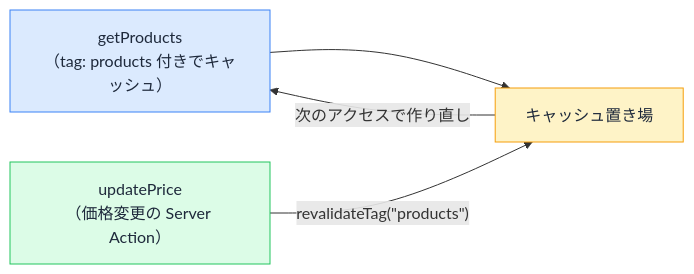
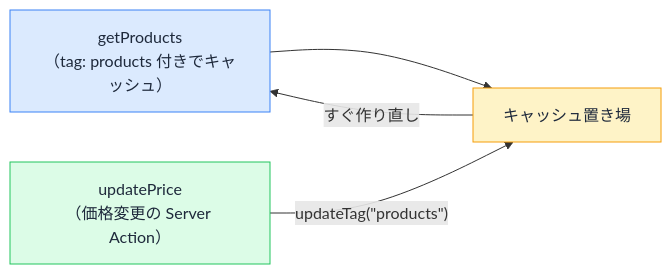
One commit to ozaki25/web-front-training-ozaki25 changed the diagram in docs/drafts/038/index.md. Above: the diagram before and after it, drawn with Mermaid. The commit also changed other lines of this file and 5 other files, not shown here.

````diff
--- a/docs/drafts/038/index.md
+++ b/docs/drafts/038/index.md
@@ -98,9 +167,9 @@
 ```mermaid
 flowchart LR
   A["getProducts<br>（tag: products 付きでキャッシュ）"] --> B["キャッシュ置き場"]
-  C["updatePrice<br>（価格変更の Server Action）"] -- "revalidateTag(&quot;products&quot;)" --> B
-  B -- "次のアクセスで作り直し" --> A
+  C["updatePrice<br>（価格変更の Server Action）"] -- "updateTag(&quot;products&quot;)" --> B
+  B -- "すぐ作り直し" --> A
   style A fill:#dbeafe,color:#1e293b,stroke:#3b82f6
   style B fill:#fef3c7,color:#1e293b,stroke:#f59e0b
   style C fill:#dcfce7,color:#1e293b,stroke:#22c55e
 ```
````
